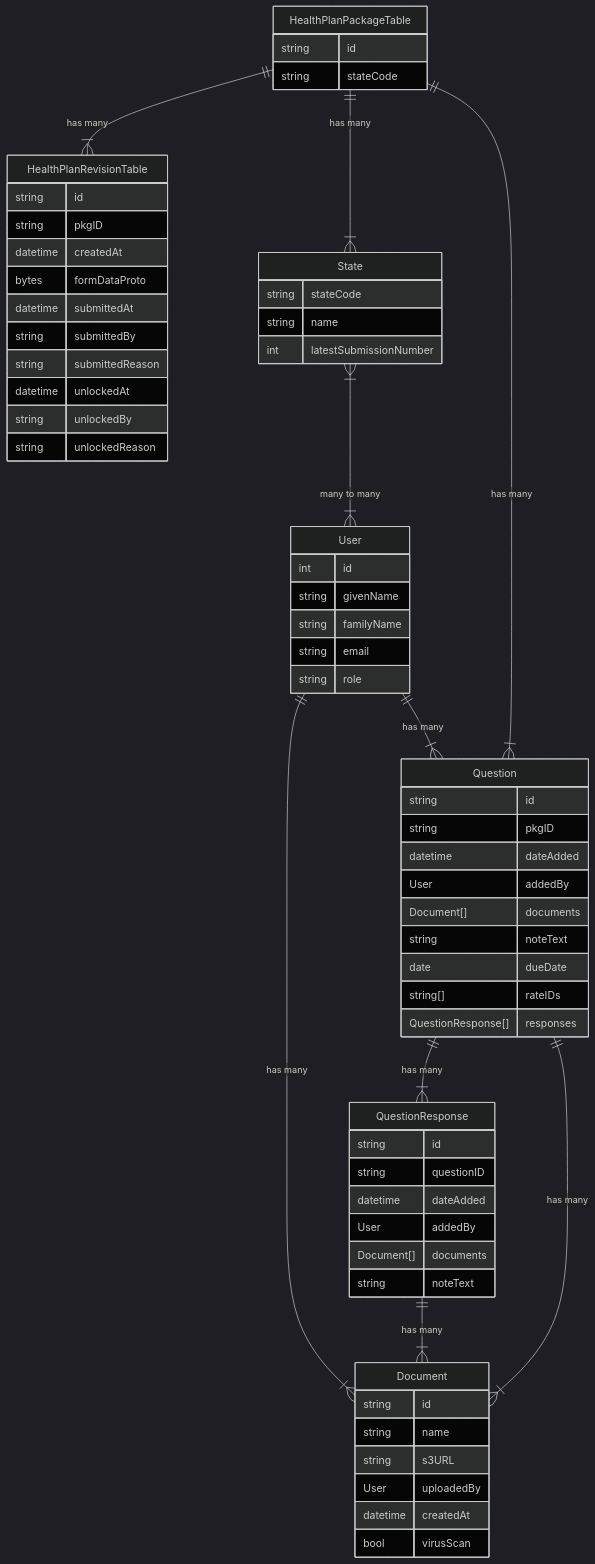
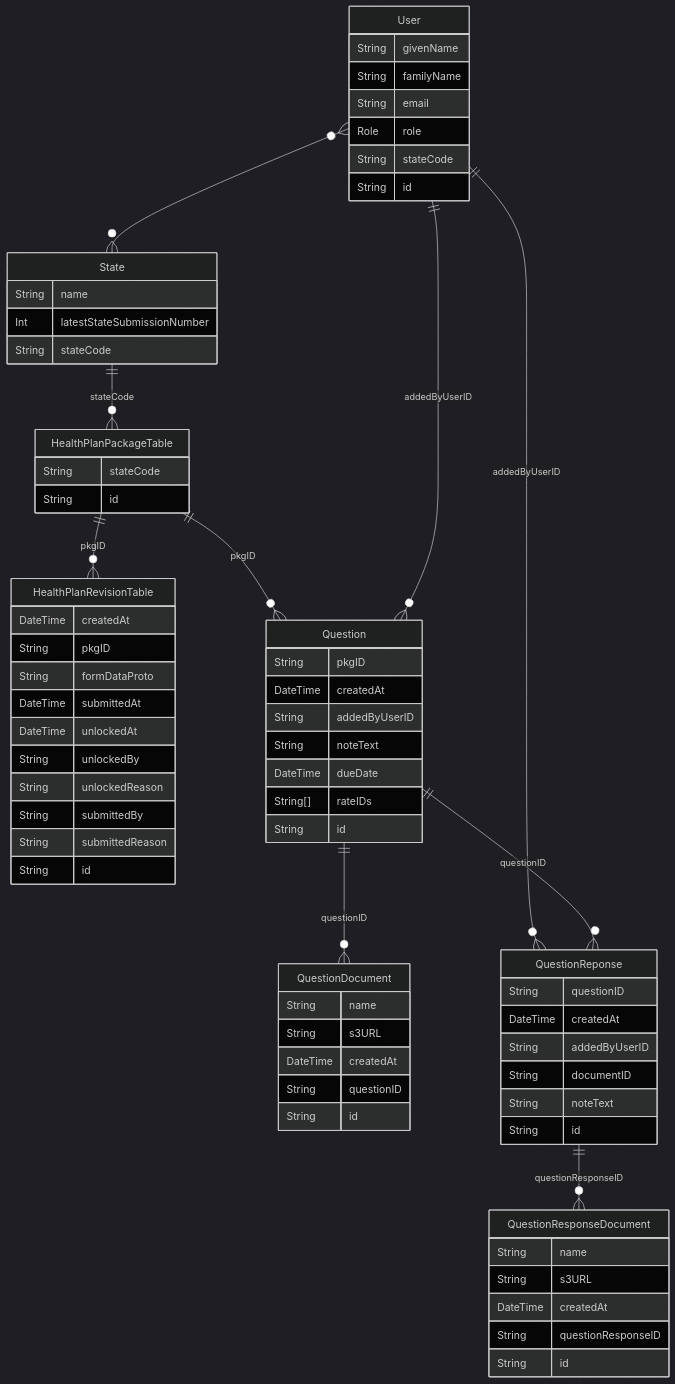
The diagram in docs/technical-design/database-diagram.md (Enterprise-CMCS/managed-care-review), drawn with Mermaid (dark theme) before and after one commit. The commit also changed 25 other files, not shown here.

````diff
--- a/docs/technical-design/database-diagram.md
+++ b/docs/technical-design/database-diagram.md
@@ -3,81 +3,76 @@
 ```mermaid
 erDiagram
 
-HealthPlanPackageTable ||--|{ HealthPlanRevisionTable: "has many"
-HealthPlanPackageTable ||--|{ State: "has many"
-HealthPlanPackageTable ||--|{ Question: "has many"
-State }|--|{ User: "many to many"
-
+State {
+   String name
+   Int latestStateSubmissionNumber
+   String stateCode
+}
 HealthPlanPackageTable {
-    string id
-    string stateCode
+   String stateCode
+   String id
+}
+HealthPlanRevisionTable {
+   DateTime createdAt
+   String pkgID
+   String formDataProto
+   DateTime submittedAt
+   DateTime unlockedAt
+   String unlockedBy
+   String unlockedReason
+   String submittedBy
+   String submittedReason
+   String id
+}
+Question {
+   String pkgID
+   DateTime createdAt
+   String addedByUserID
+   String noteText
+   DateTime dueDate
+   String[] rateIDs
+   String id
+}
+QuestionDocument {
+   String name
+   String s3URL
+   DateTime createdAt
+   String questionID
+   String id
+}
+User {
+   String givenName
+   String familyName
+   String email
+   Role role
+   String stateCode
+   String id
 }
 
-HealthPlanRevisionTable {
-    string id
-    string pkgID
-    datetime createdAt
-    bytes   formDataProto
-    datetime submittedAt
-    string submittedBy
-    string submittedReason
-    datetime unlockedAt
-    string unlockedBy
-    string unlockedReason
+QuestionReponse {
+    String questionID
+    DateTime createdAt
+    String addedByUserID
+    String documentID
+    String noteText
+    String id
 }
 
-State {
-    string stateCode
-    string name
-    int latestSubmissionNumber
+QuestionResponseDocument {
+   String name
+   String s3URL
+   DateTime createdAt
+   String questionResponseID
+   String id
 }
 
-User {
-    int id
-    string givenName
-    string familyName
-    string email
-    string role
-}
-
-Document {
-    string id
-    string name
-    string s3URL
-    User uploadedBy
-    datetime createdAt
-    bool virusScan
-}
-
-User ||--|{ Document: "has many"
-
-User ||--|{ Question: "has many"
-
-Question ||--|{ QuestionResponse: "has many"
-
-Question ||--|{ Document: "has many"
-
-QuestionResponse ||--|{ Document: "has many"
-
-Question {
-    string id
-    string pkgID
-    datetime dateAdded
-    User addedBy
-    Document[] documents
-    string noteText
-    date dueDate
-    string[] rateIDs
-    QuestionResponse[] responses
-}
-
-QuestionResponse {
-    string id
-    string questionID
-    datetime dateAdded
-    User addedBy
-    Document[] documents
-    string noteText
-}
-
+State ||--o{ HealthPlanPackageTable : stateCode
+HealthPlanPackageTable ||--o{ HealthPlanRevisionTable : pkgID
+HealthPlanPackageTable ||--o{ Question : pkgID
+User  ||--o{  Question : addedByUserID
+User  ||--o{  QuestionReponse : addedByUserID
+Question  ||--o{  QuestionDocument : questionID
+Question ||--o{ QuestionReponse: questionID
+QuestionReponse ||--o{ QuestionResponseDocument: questionResponseID
+User  }o--o{  State : ""
 ```
````
